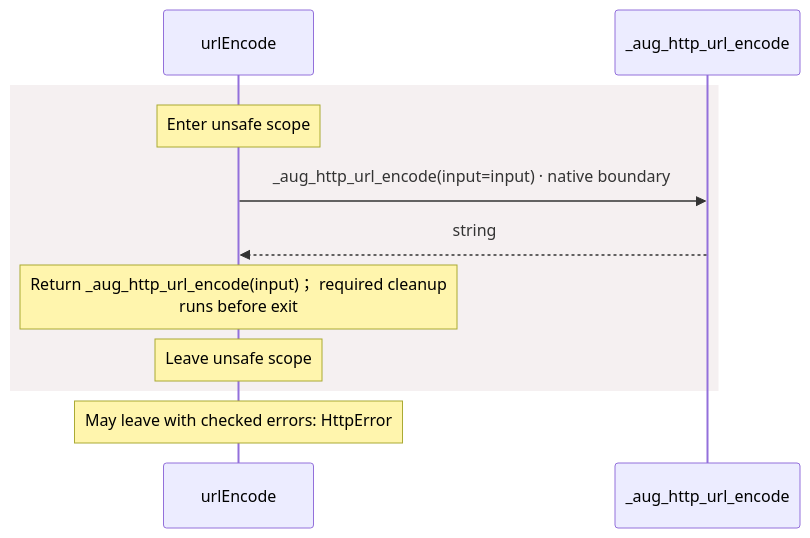
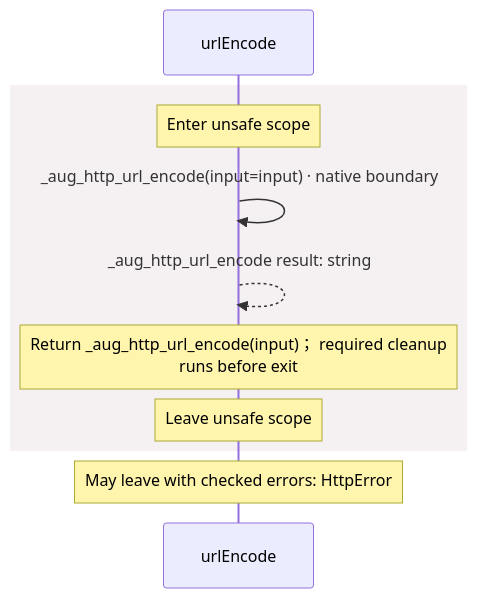
Before and after one commit to GreenPandaStudios/augscript: the fifth of 6 diagrams in docs/examples/oidc-login/dependencies/packages/@git/url_897efafd565158fc4908/0.0.0-git.a39fc582565d4fca40be4f75fa304d71adc69301/contracts-diagrams.md, drawn with Mermaid. The commit also changed other lines of this file and 304 other files, not shown here.

Commit message:
Make generated data-flow sequences concise and review every diagram

````diff
--- a/docs/examples/oidc-login/dependencies/packages/@git/url_897efafd565158fc4908/0.0.0-git.a39fc582565d4fca40be4f75fa304d71adc69301/contracts-diagrams.md
+++ b/docs/examples/oidc-login/dependencies/packages/@git/url_897efafd565158fc4908/0.0.0-git.a39fc582565d4fca40be4f75fa304d71adc69301/contracts-diagrams.md
@@ -205,13 +186,13 @@
 ```mermaid
 sequenceDiagram
     participant p0 as urlEncode
-    participant p1 as _aug_http_url_encode
+
     rect rgb(245, 240, 241)
     Note over p0: Enter unsafe scope
-    p0->>p1: _aug_http_url_encode(input=input) · native boundary
-    p1-->>p0: string
+    p0->>p0: _aug_http_url_encode(input=input) · native boundary
+    p0-->>p0: _aug_http_url_encode result: string
     Note over p0: Return _aug_http_url_encode(input)； required cleanup<br/>runs before exit
     Note over p0: Leave unsafe scope
     end
     Note over p0: May leave with checked errors: HttpError
 ```
````
